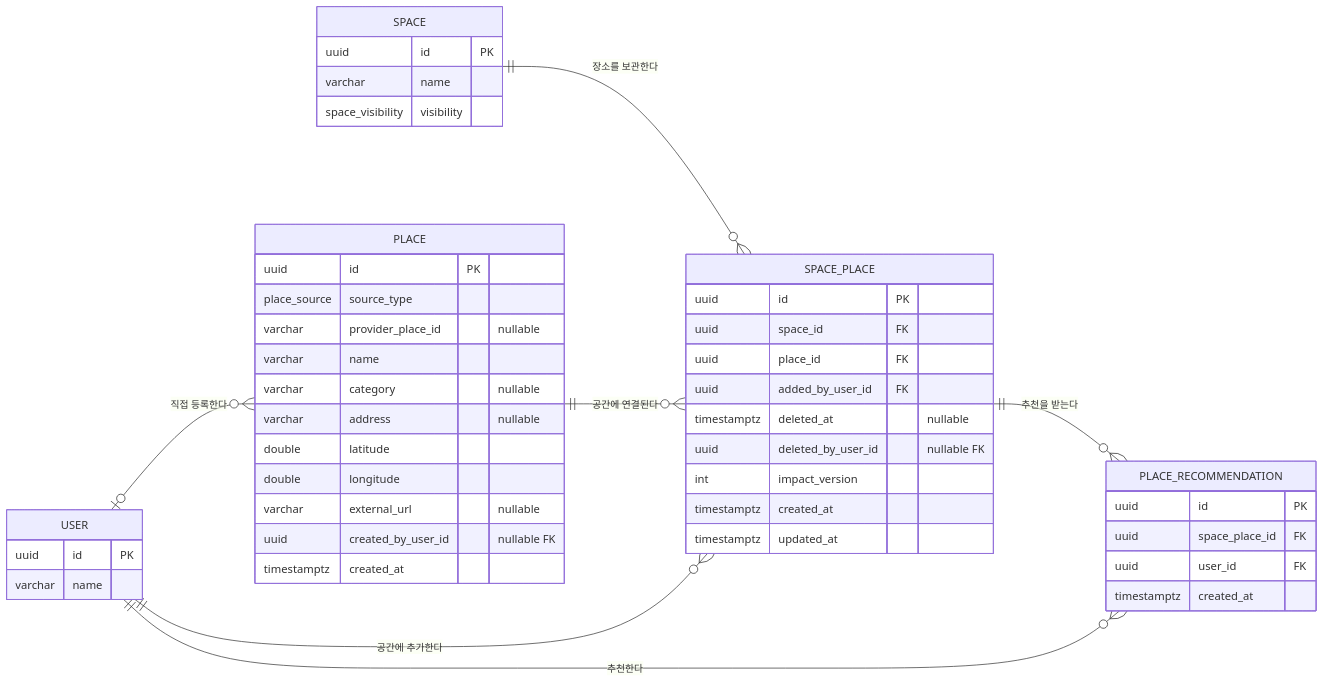
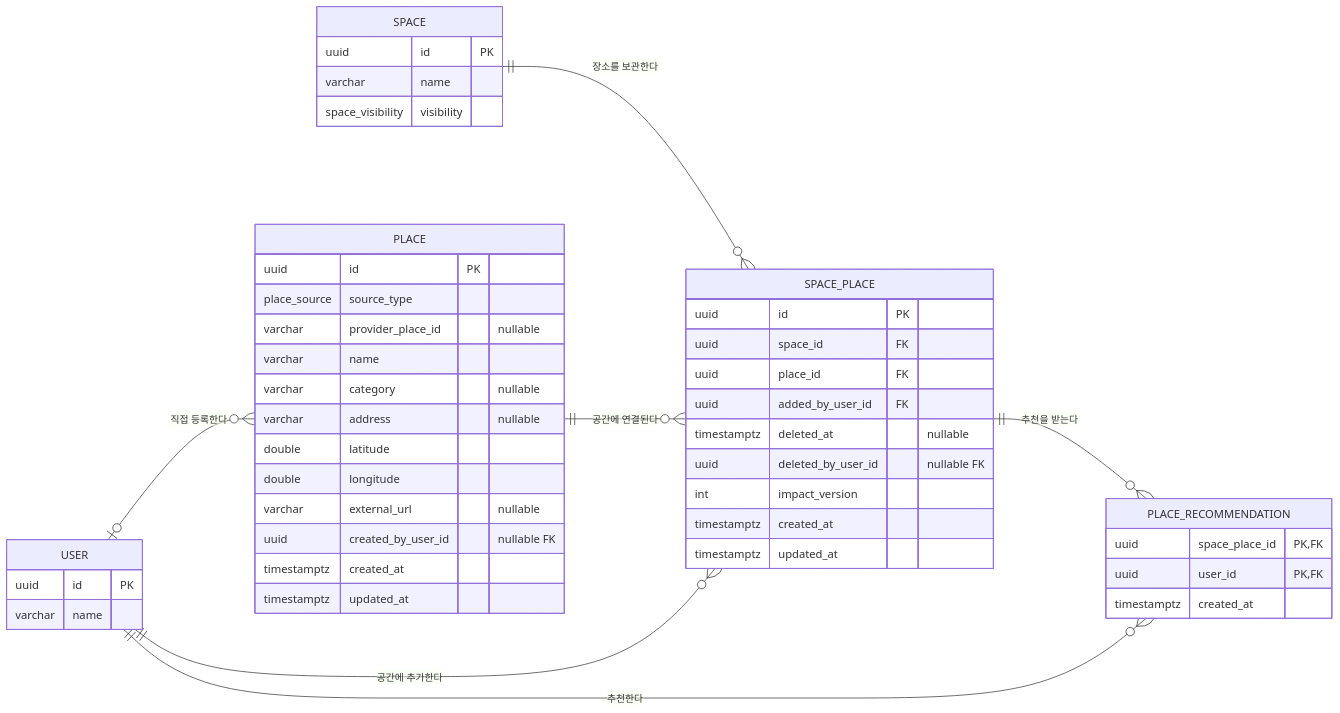
One commit to mnmhbbb/gatgaga changed the second of 3 diagrams in docs/development/erd-v0.1.md. Above: the diagram before and after it, drawn with Mermaid. The commit also changed other lines of this file and 18 other files, not shown here.

````diff
--- a/docs/development/erd-v0.1.md
+++ b/docs/development/erd-v0.1.md
@@ -103,50 +103,50 @@
 ```mermaid
 erDiagram
     direction LR
     USER o|--o{ PLACE : "직접 등록한다"
     SPACE ||--o{ SPACE_PLACE : "장소를 보관한다"
     PLACE ||--o{ SPACE_PLACE : "공간에 연결된다"
     USER ||--o{ SPACE_PLACE : "공간에 추가한다"
     SPACE_PLACE ||--o{ PLACE_RECOMMENDATION : "추천을 받는다"
     USER ||--o{ PLACE_RECOMMENDATION : "추천한다"
 
     USER {
         uuid id PK
         varchar name
     }
     SPACE {
         uuid id PK
         varchar name
         space_visibility visibility
     }
     PLACE {
         uuid id PK
         place_source source_type
         varchar provider_place_id "nullable"
         varchar name
         varchar category "nullable"
         varchar address "nullable"
         double latitude
         double longitude
         varchar external_url "nullable"
         uuid created_by_user_id "nullable FK"
         timestamptz created_at
+        timestamptz updated_at
     }
     SPACE_PLACE {
         uuid id PK
         uuid space_id FK
         uuid place_id FK
         uuid added_by_user_id FK
         timestamptz deleted_at "nullable"
         uuid deleted_by_user_id "nullable FK"
         int impact_version
         timestamptz created_at
         timestamptz updated_at
     }
     PLACE_RECOMMENDATION {
-        uuid id PK
-        uuid space_place_id FK
-        uuid user_id FK
+        uuid space_place_id PK,FK
+        uuid user_id PK,FK
         timestamptz created_at
     }
 ```
````
